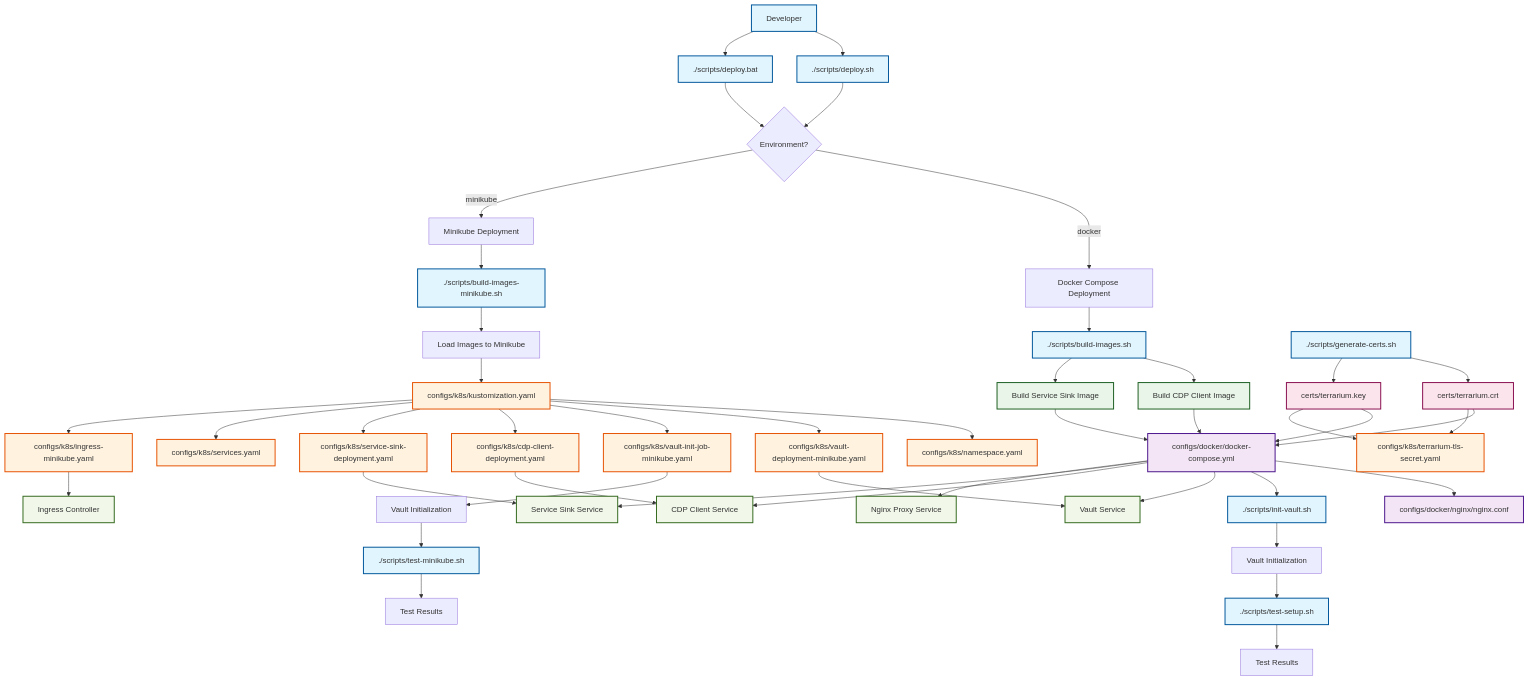
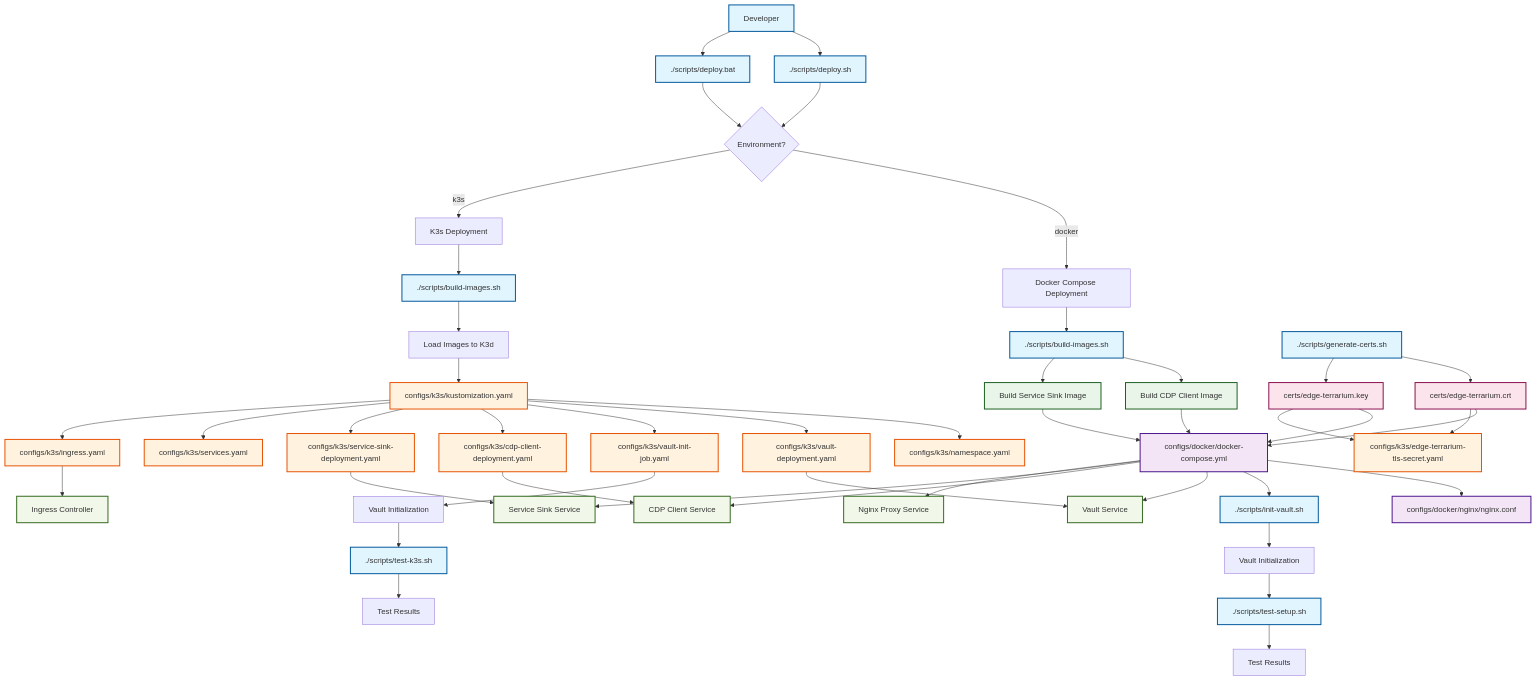
One commit to aztechead/edge-terrarium changed the diagram in README.md. Above: the diagram before and after it, drawn with Mermaid. The commit also changed other lines of this file and 35 other files, not shown here.

Commit message:
Working version of edge terrarium based on k3s

````diff
--- a/README.md
+++ b/README.md
@@ -20,75 +20,75 @@
 ```mermaid
 flowchart TD
     %% Entry Points
     A[Developer] --> B[./scripts/deploy.sh]
     A --> C[./scripts/deploy.bat]
     
     %% Main Deploy Script
     B --> D{Environment?}
     C --> D
     D -->|docker| E[Docker Compose Deployment]
-    D -->|minikube| F[Minikube Deployment]
+    D -->|k3s| F[K3s Deployment]
     
     %% Docker Compose Flow
     E --> G[./scripts/build-images.sh]
     G --> H[Build CDP Client Image]
     G --> I[Build Service Sink Image]
     H --> J[configs/docker/docker-compose.yml]
     I --> J
     J --> K[configs/docker/nginx/nginx.conf]
     J --> L[./scripts/init-vault.sh]
     L --> M[Vault Initialization]
     M --> N[./scripts/test-setup.sh]
     
-    %% Minikube Flow
-    F --> O[./scripts/build-images-minikube.sh]
-    O --> P[Load Images to Minikube]
-    P --> Q[configs/k8s/kustomization.yaml]
-    Q --> R[configs/k8s/namespace.yaml]
-    Q --> S[configs/k8s/vault-deployment-minikube.yaml]
-    Q --> T[configs/k8s/vault-init-job-minikube.yaml]
-    Q --> U[configs/k8s/cdp-client-deployment.yaml]
-    Q --> V[configs/k8s/service-sink-deployment.yaml]
-    Q --> W[configs/k8s/services.yaml]
-    Q --> X[configs/k8s/ingress-minikube.yaml]
+    %% K3s Flow
+    F --> O[./scripts/build-images.sh]
+    O --> P[Load Images to K3d]
+    P --> Q[configs/k3s/kustomization.yaml]
+    Q --> R[configs/k3s/namespace.yaml]
+    Q --> S[configs/k3s/vault-deployment.yaml]
+    Q --> T[configs/k3s/vault-init-job.yaml]
+    Q --> U[configs/k3s/cdp-client-deployment.yaml]
+    Q --> V[configs/k3s/service-sink-deployment.yaml]
+    Q --> W[configs/k3s/services.yaml]
+    Q --> X[configs/k3s/ingress.yaml]
     T --> Y[Vault Initialization]
-    Y --> Z[./scripts/test-minikube.sh]
+    Y --> Z[./scripts/test-k3s.sh]
     
     %% Certificate Generation
-    AA[./scripts/generate-certs.sh] --> BB[certs/terrarium.crt]
-    AA --> CC[certs/terrarium.key]
+    AA[./scripts/generate-certs.sh] --> BB[certs/edge-terrarium.crt]
+    AA --> CC[certs/edge-terrarium.key]
     BB --> J
     CC --> J
-    BB --> DD[configs/k8s/terrarium-tls-secret.yaml]
+    BB --> DD[configs/k3s/edge-terrarium-tls-secret.yaml]
     CC --> DD
     
     %% Configuration Dependencies
     J --> EE[Vault Service]
     J --> FF[CDP Client Service]
     J --> GG[Service Sink Service]
     J --> HH[Nginx Proxy Service]
     
     S --> EE
     U --> FF
     V --> GG
     X --> II[Ingress Controller]
     
     %% Testing
     N --> JJ[Test Results]
     Z --> KK[Test Results]
     
     %% Styling
     classDef scriptFile fill:#e1f5fe,stroke:#01579b,stroke-width:2px
     classDef configFile fill:#f3e5f5,stroke:#4a148c,stroke-width:2px
     classDef dockerFile fill:#e8f5e8,stroke:#1b5e20,stroke-width:2px
     classDef k8sFile fill:#fff3e0,stroke:#e65100,stroke-width:2px
     classDef certFile fill:#fce4ec,stroke:#880e4f,stroke-width:2px
     classDef service fill:#f1f8e9,stroke:#33691e,stroke-width:2px
     
     class A,B,C,G,L,N,O,T,Z,AA scriptFile
     class J,K configFile
     class H,I dockerFile
     class Q,R,S,T,U,V,W,X,DD k8sFile
     class BB,CC certFile
     class EE,FF,GG,HH,II service
 ```
````
